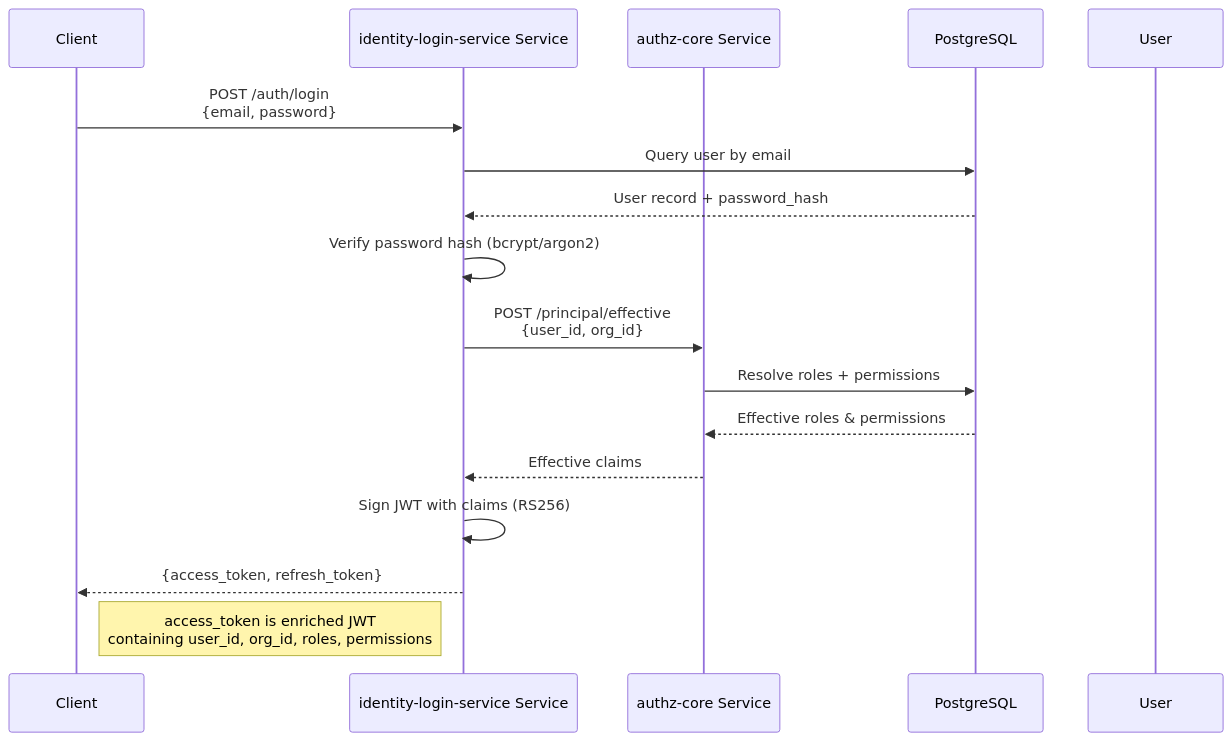
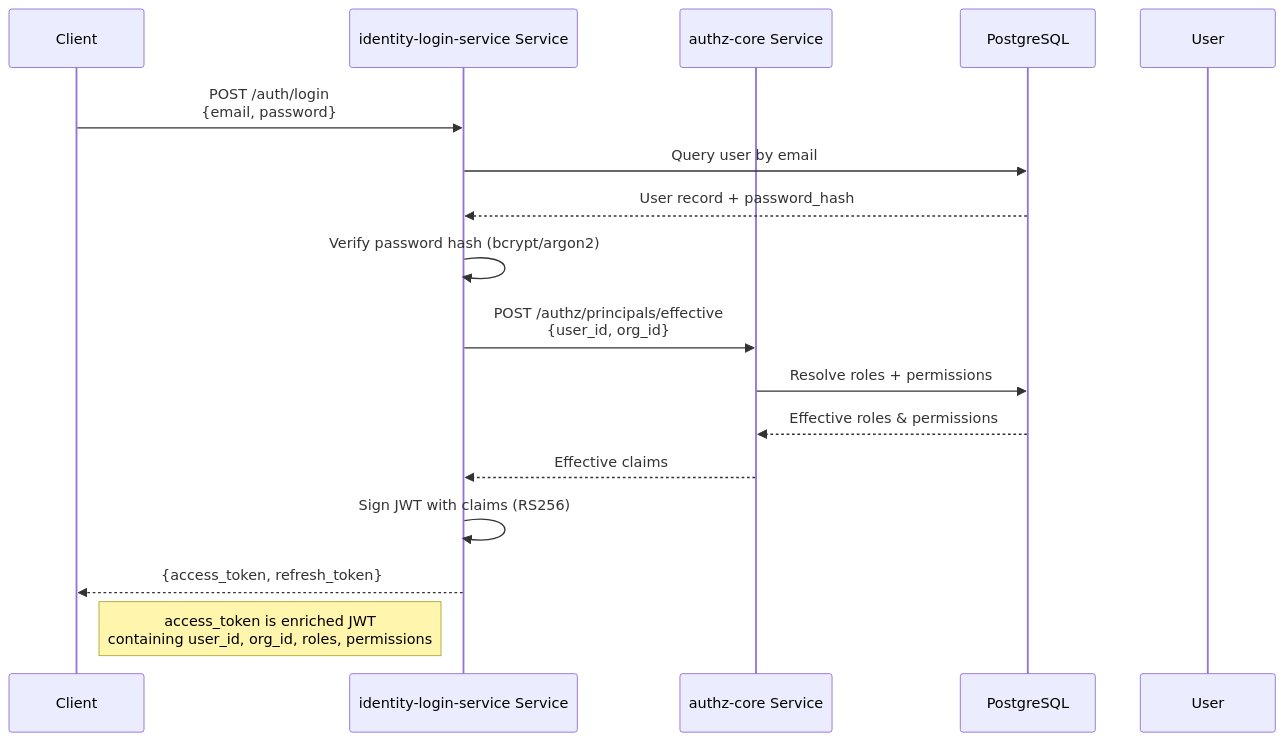
The tenth of 11 diagrams in docs/sesame-idam-complete.md (microscaler/sesame-idam), drawn with Mermaid before and after one commit. The commit also changed other lines of this file and 23 other files, not shown here.

````diff
--- a/docs/sesame-idam-complete.md
+++ b/docs/sesame-idam-complete.md
@@ -913,20 +913,20 @@
 ```mermaid
 sequenceDiagram
     participant Client as Client
     participant IA as identity-login-service Service
     participant AC as authz-core Service
     participant PG as PostgreSQL
     participant User as User
 
     Client->>IA: POST /auth/login<br/>{email, password}
     IA->>PG: Query user by email
     PG-->>IA: User record + password_hash
     IA->>IA: Verify password hash (bcrypt/argon2)
-    IA->>AC: POST /principal/effective<br/>{user_id, org_id}
+    IA->>AC: POST /authz/principals/effective<br/>{user_id, org_id}
     AC->>PG: Resolve roles + permissions
     PG-->>AC: Effective roles & permissions
     AC-->>IA: Effective claims
     IA->>IA: Sign JWT with claims (RS256)
     IA-->>Client: {access_token, refresh_token}
     Note right of Client: access_token is enriched JWT<br/>containing user_id, org_id, roles, permissions
 ```
````
